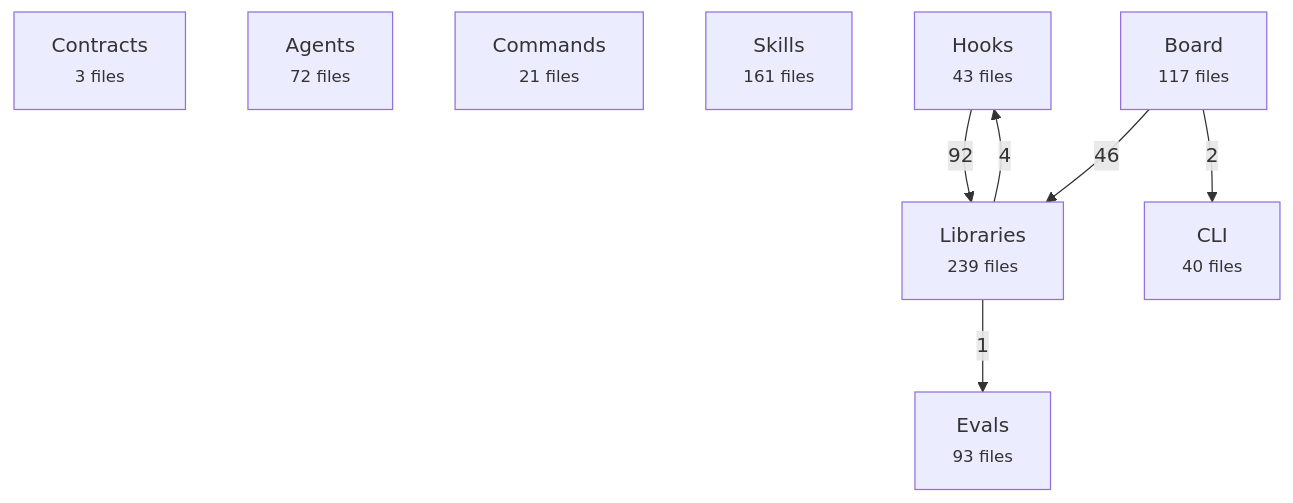
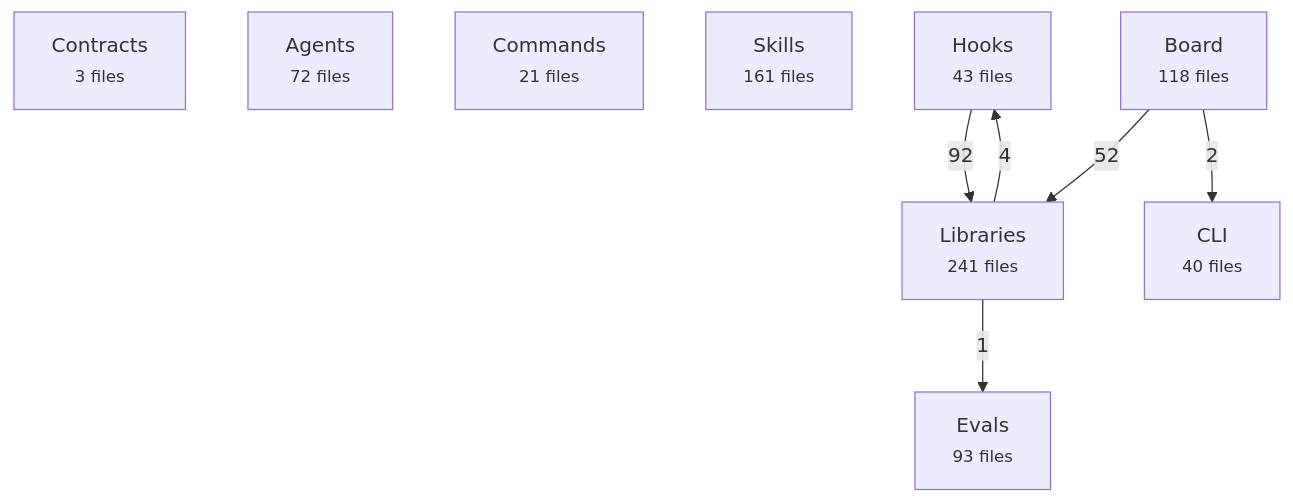
One commit to avelikiy/great_cto changed the first of 2 diagrams in docs/reference/architecture-map.md. Above: the diagram before and after it, drawn with Mermaid. The commit also changed other lines of this file, not shown here.

Commit message:
docs: refresh generated architecture import map

````diff
--- a/docs/reference/architecture-map.md
+++ b/docs/reference/architecture-map.md
@@ -20,17 +20,17 @@
 ```mermaid
 flowchart TD
   contracts["Contracts<br/><small>3 files</small>"]
   agents["Agents<br/><small>72 files</small>"]
   commands["Commands<br/><small>21 files</small>"]
   skills["Skills<br/><small>161 files</small>"]
   hooks["Hooks<br/><small>43 files</small>"]
-  libs["Libraries<br/><small>239 files</small>"]
-  board["Board<br/><small>117 files</small>"]
+  libs["Libraries<br/><small>241 files</small>"]
+  board["Board<br/><small>118 files</small>"]
   cli["CLI<br/><small>40 files</small>"]
   evals["Evals<br/><small>93 files</small>"]
   hooks -->|92| libs
-  board -->|46| libs
+  board -->|52| libs
   libs -->|4| hooks
   board -->|2| cli
   libs -->|1| evals
 ```
````
